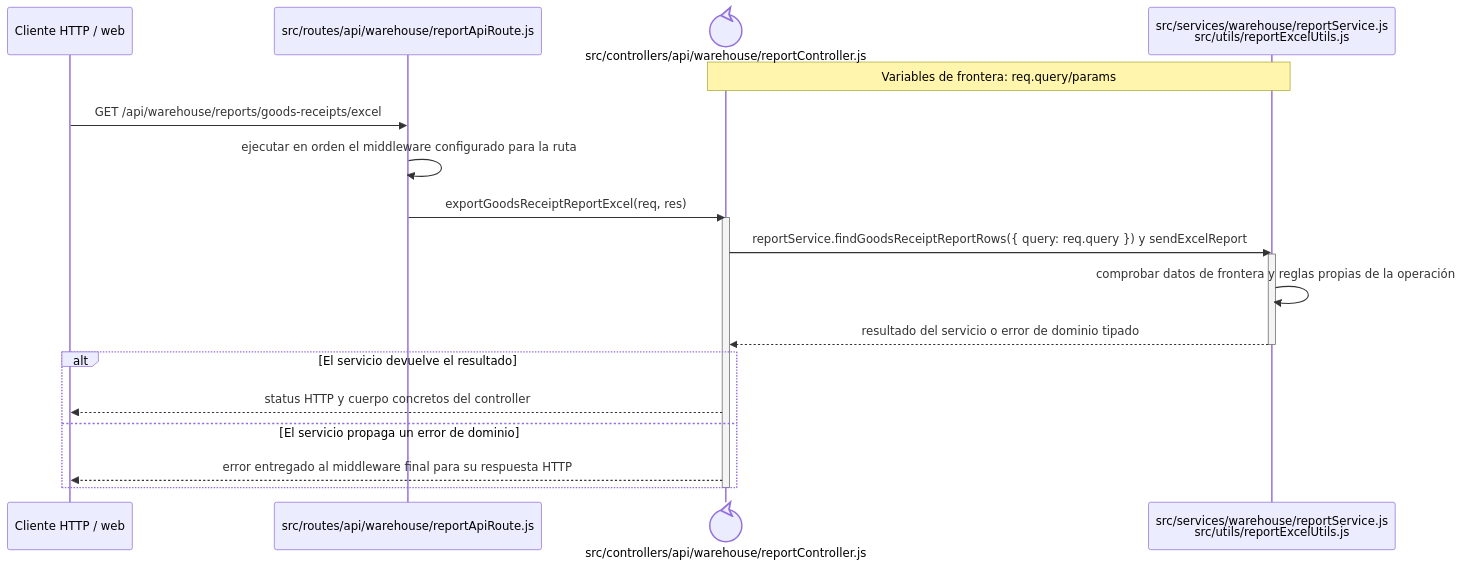
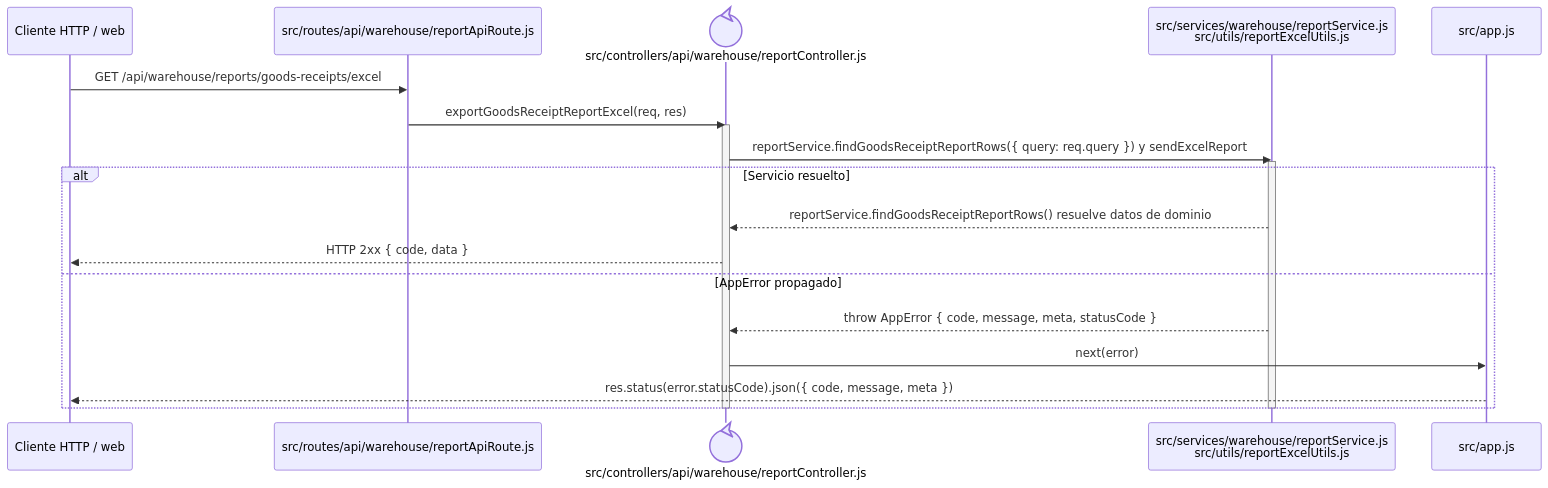
One commit to gpgsistemas01/nexus changed the diagram in docs/architecture/backend-code-sequences/purchases/cu-ent-06.md. Above: the diagram before and after it, drawn with Mermaid. The commit also changed 148 other files, not shown here.

````diff
--- a/docs/architecture/backend-code-sequences/purchases/cu-ent-06.md
+++ b/docs/architecture/backend-code-sequences/purchases/cu-ent-06.md
@@ -6,24 +6,24 @@
 ```mermaid
 sequenceDiagram
     participant Client as Cliente HTTP / web
     participant Route as src/routes/api/warehouse/reportApiRoute.js
     participant Controller@{ "type": "control" } as src/controllers/api/warehouse/reportController.js
     participant Domain as src/services/warehouse/reportService.js<br/>src/utils/reportExcelUtils.js
-    Note over Controller,Domain: Variables de frontera: req.query/params
+    participant ErrorHandler as src/app.js
 
     Client->>Route: GET /api/warehouse/reports/goods-receipts/excel
-    Route->>Route: ejecutar en orden el middleware configurado para la ruta
     Route->>Controller: exportGoodsReceiptReportExcel(req, res)
     activate Controller
     Controller->>Domain: reportService.findGoodsReceiptReportRows({ query: req.query }) y sendExcelReport
     activate Domain
-    Domain->>Domain: comprobar datos de frontera y reglas propias de la operación
-    Domain-->>Controller: resultado del servicio o error de dominio tipado
+    alt Servicio resuelto
+        Domain-->>Controller: reportService.findGoodsReceiptReportRows() resuelve datos de dominio
+        Controller-->>Client: HTTP 2xx { code, data }
+    else AppError propagado
+        Domain-->>Controller: throw AppError { code, message, meta, statusCode }
+        Controller->>ErrorHandler: next(error)
+        ErrorHandler-->>Client: res.status(error.statusCode).json({ code, message, meta })
+    end
     deactivate Domain
-    alt El servicio devuelve el resultado
-        Controller-->>Client: status HTTP y cuerpo concretos del controller
-    else El servicio propaga un error de dominio
-        Controller-->>Client: error entregado al middleware final para su respuesta HTTP
-    end
     deactivate Controller
 ```
````
